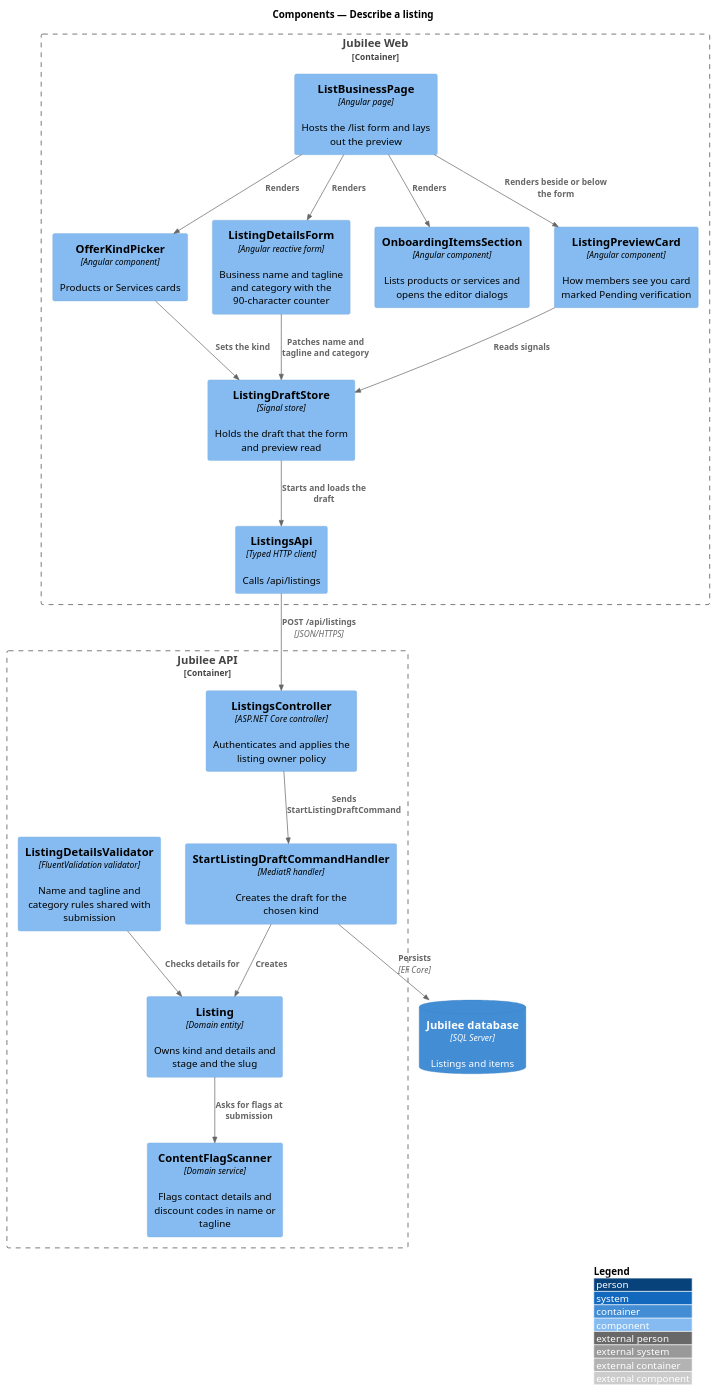
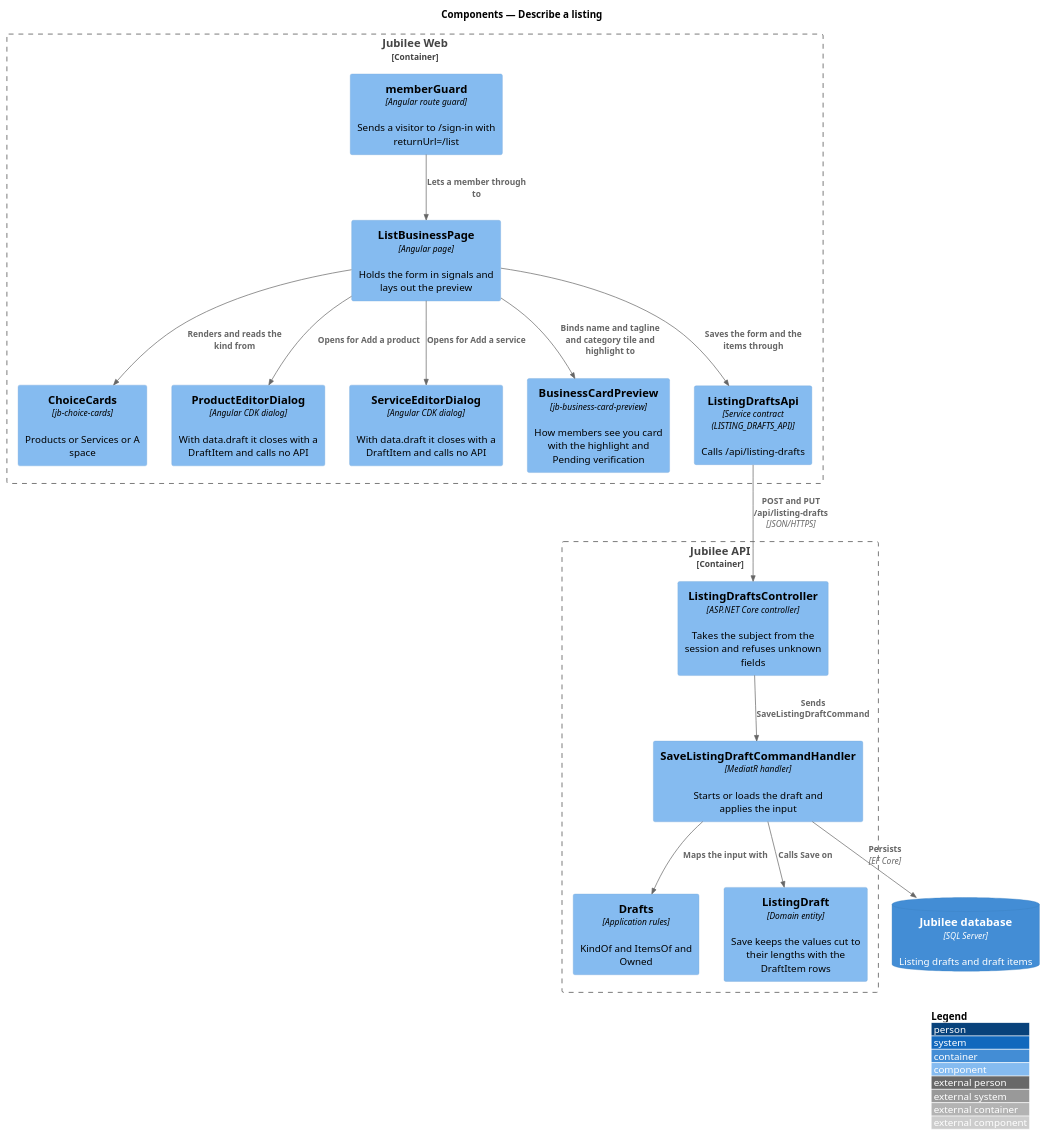
Before and after one commit to QuinntyneBrown/jubilee: the diagram in docs/detailed-designs/onboarding/describe-listing/diagrams/c4-component.puml, drawn with PlantUML. The commit also changed 43 other files, not shown here.

```diff
--- a/docs/detailed-designs/onboarding/describe-listing/diagrams/c4-component.puml
+++ b/docs/detailed-designs/onboarding/describe-listing/diagrams/c4-component.puml
@@ -1,38 +1,34 @@
 @startuml
 !include <C4/C4_Component>
 LAYOUT_WITH_LEGEND()
 title Components — Describe a listing
 
 Container_Boundary(web, "Jubilee Web") {
-  Component(page, "ListBusinessPage", "Angular page", "Hosts the /list form and lays out the preview")
-  Component(picker, "OfferKindPicker", "Angular component", "Products or Services cards")
-  Component(details, "ListingDetailsForm", "Angular reactive form", "Business name and tagline and category with the 90-character counter")
-  Component(items, "OnboardingItemsSection", "Angular component", "Lists products or services and opens the editor dialogs")
-  Component(preview, "ListingPreviewCard", "Angular component", "How members see you card marked Pending verification")
-  Component(store, "ListingDraftStore", "Signal store", "Holds the draft that the form and preview read")
-  Component(client, "ListingsApi", "Typed HTTP client", "Calls /api/listings")
+  Component(guard, "memberGuard", "Angular route guard", "Sends a visitor to /sign-in with returnUrl=/list")
+  Component(page, "ListBusinessPage", "Angular page", "Holds the form in signals and lays out the preview")
+  Component(cards, "ChoiceCards", "jb-choice-cards", "Products or Services or A space")
+  Component(product, "ProductEditorDialog", "Angular CDK dialog", "With data.draft it closes with a DraftItem and calls no API")
+  Component(service, "ServiceEditorDialog", "Angular CDK dialog", "With data.draft it closes with a DraftItem and calls no API")
+  Component(preview, "BusinessCardPreview", "jb-business-card-preview", "How members see you card with the highlight and Pending verification")
+  Component(client, "ListingDraftsApi", "Service contract (LISTING_DRAFTS_API)", "Calls /api/listing-drafts")
 }
 Container_Boundary(api, "Jubilee API") {
-  Component(ctrl, "ListingsController", "ASP.NET Core controller", "Authenticates and applies the listing owner policy")
-  Component(start, "StartListingDraftCommandHandler", "MediatR handler", "Creates the draft for the chosen kind")
-  Component(validator, "ListingDetailsValidator", "FluentValidation validator", "Name and tagline and category rules shared with submission")
-  Component(listing, "Listing", "Domain entity", "Owns kind and details and stage and the slug")
-  Component(scanner, "ContentFlagScanner", "Domain service", "Flags contact details and discount codes in name or tagline")
+  Component(ctrl, "ListingDraftsController", "ASP.NET Core controller", "Takes the subject from the session and refuses unknown fields")
+  Component(save, "SaveListingDraftCommandHandler", "MediatR handler", "Starts or loads the draft and applies the input")
+  Component(rules, "Drafts", "Application rules", "KindOf and ItemsOf and Owned")
+  Component(draft, "ListingDraft", "Domain entity", "Save keeps the values cut to their lengths with the DraftItem rows")
 }
-ContainerDb(db, "Jubilee database", "SQL Server", "Listings and items")
+ContainerDb(db, "Jubilee database", "SQL Server", "Listing drafts and draft items")
 
-Rel(page, picker, "Renders")
-Rel(page, details, "Renders")
-Rel(page, items, "Renders")
-Rel(page, preview, "Renders beside or below the form")
-Rel(picker, store, "Sets the kind")
-Rel(details, store, "Patches name and tagline and category")
-Rel(preview, store, "Reads signals")
-Rel(store, client, "Starts and loads the draft")
-Rel(client, ctrl, "POST /api/listings", "JSON/HTTPS")
-Rel(ctrl, start, "Sends StartListingDraftCommand")
-Rel(start, listing, "Creates")
-Rel(validator, listing, "Checks details for")
-Rel(listing, scanner, "Asks for flags at submission")
-Rel(start, db, "Persists", "EF Core")
+Rel(guard, page, "Lets a member through to")
+Rel(page, cards, "Renders and reads the kind from")
+Rel(page, product, "Opens for Add a product")
+Rel(page, service, "Opens for Add a service")
+Rel(page, preview, "Binds name and tagline and category tile and highlight to")
+Rel(page, client, "Saves the form and the items through")
+Rel(client, ctrl, "POST and PUT /api/listing-drafts", "JSON/HTTPS")
+Rel(ctrl, save, "Sends SaveListingDraftCommand")
+Rel(save, rules, "Maps the input with")
+Rel(save, draft, "Calls Save on")
+Rel(save, db, "Persists", "EF Core")
 @enduml
```
